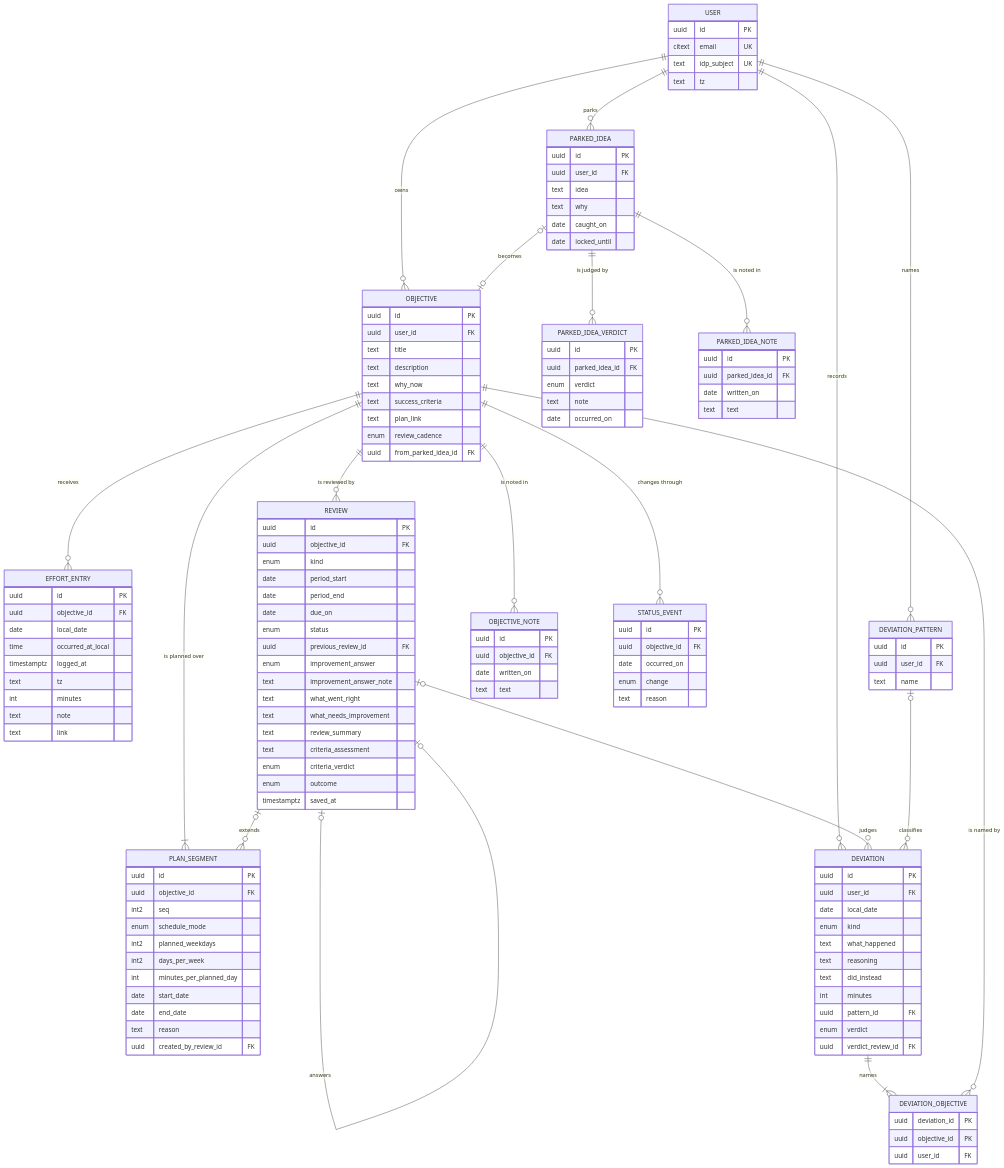
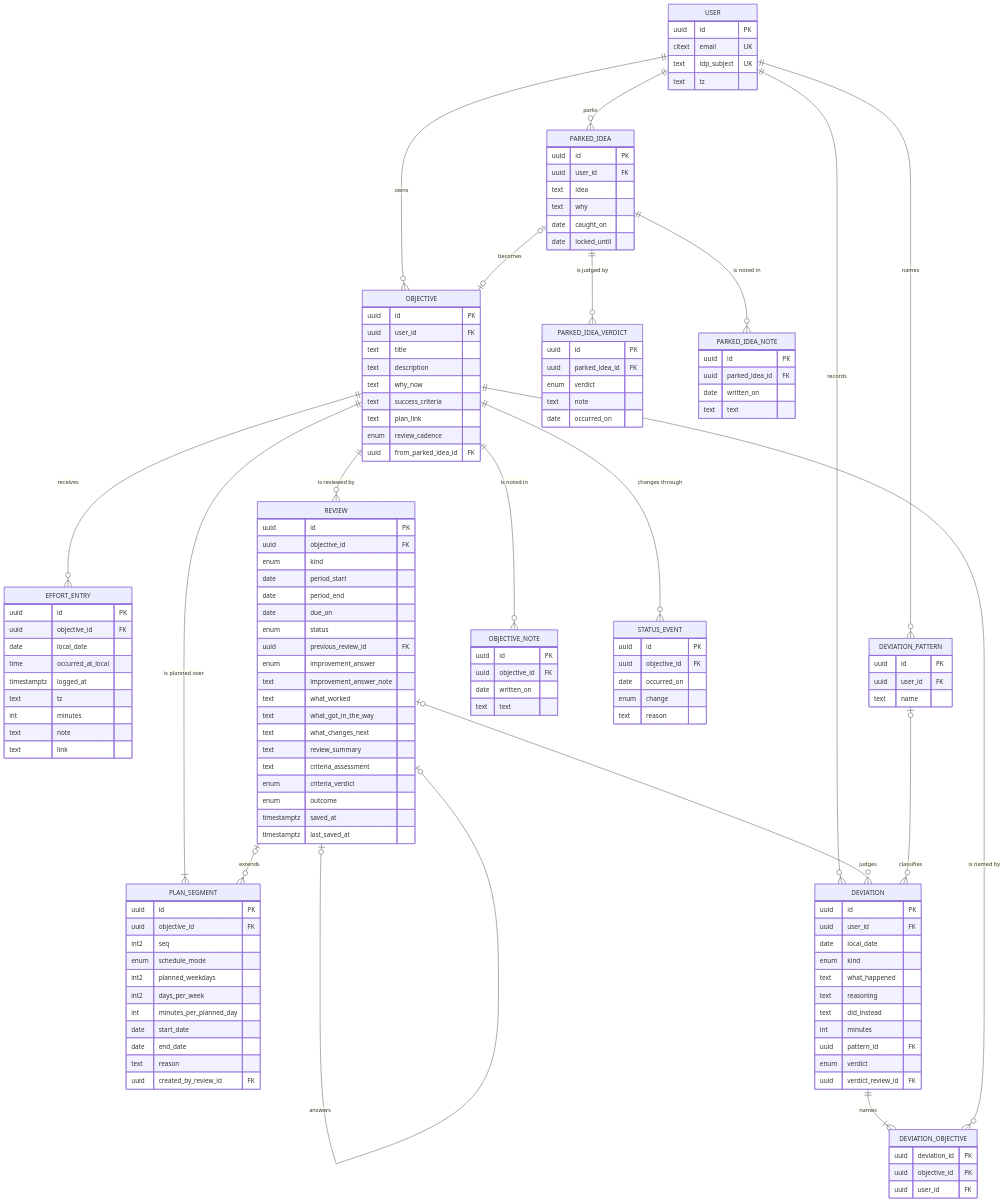
The second of 2 diagrams in docs/erd.md (rohit12242/keel), drawn with Mermaid before and after one commit. The commit also changed other lines of this file and 3 other files, not shown here.

```diff
--- a/docs/erd.md
+++ b/docs/erd.md
@@ -158,13 +162,15 @@
         uuid previous_review_id FK
         enum improvement_answer
         text improvement_answer_note
-        text what_went_right
-        text what_needs_improvement
+        text what_worked
+        text what_got_in_the_way
+        text what_changes_next
         text review_summary
         text criteria_assessment
         enum criteria_verdict
         enum outcome
         timestamptz saved_at
+        timestamptz last_saved_at
     }
     DEVIATION {
         uuid id PK
```
